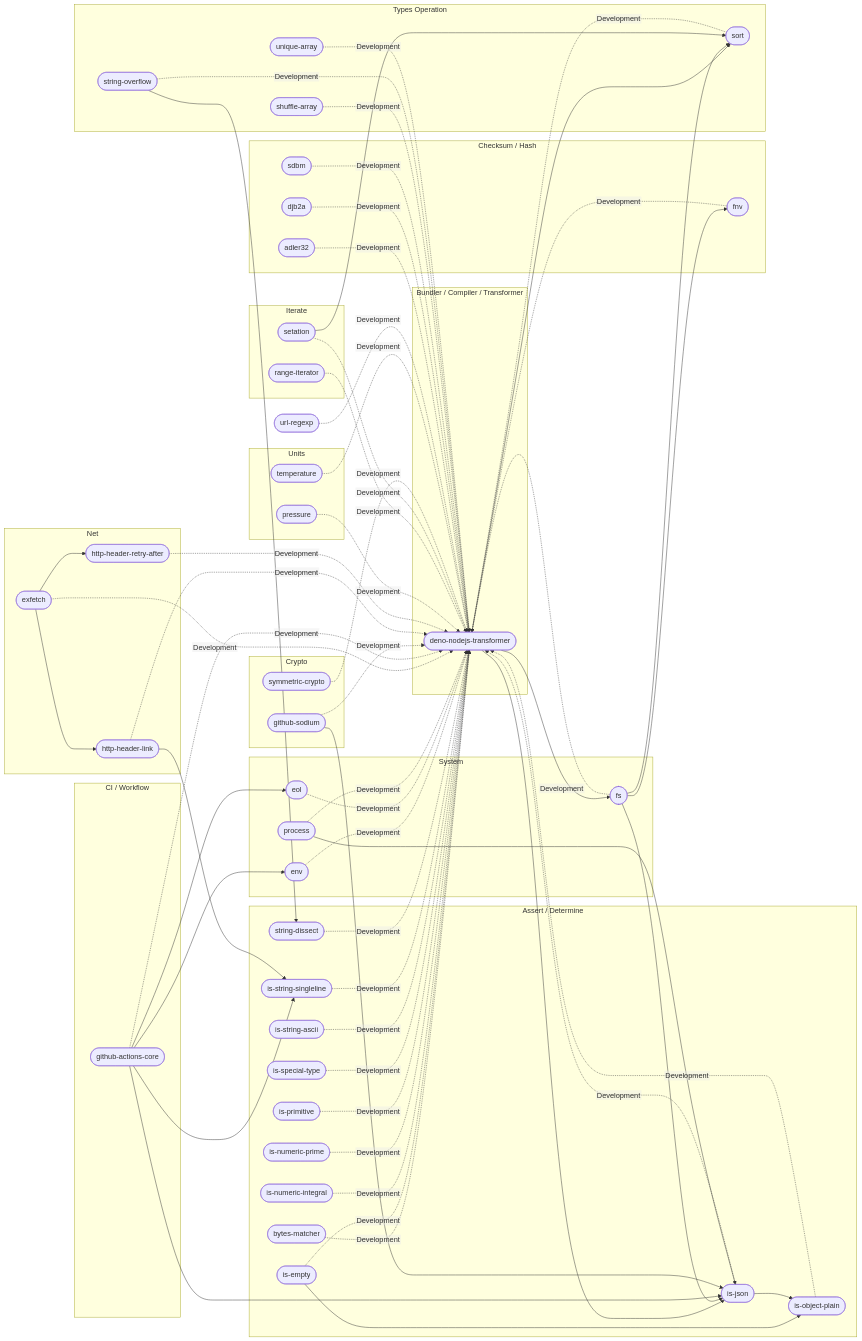
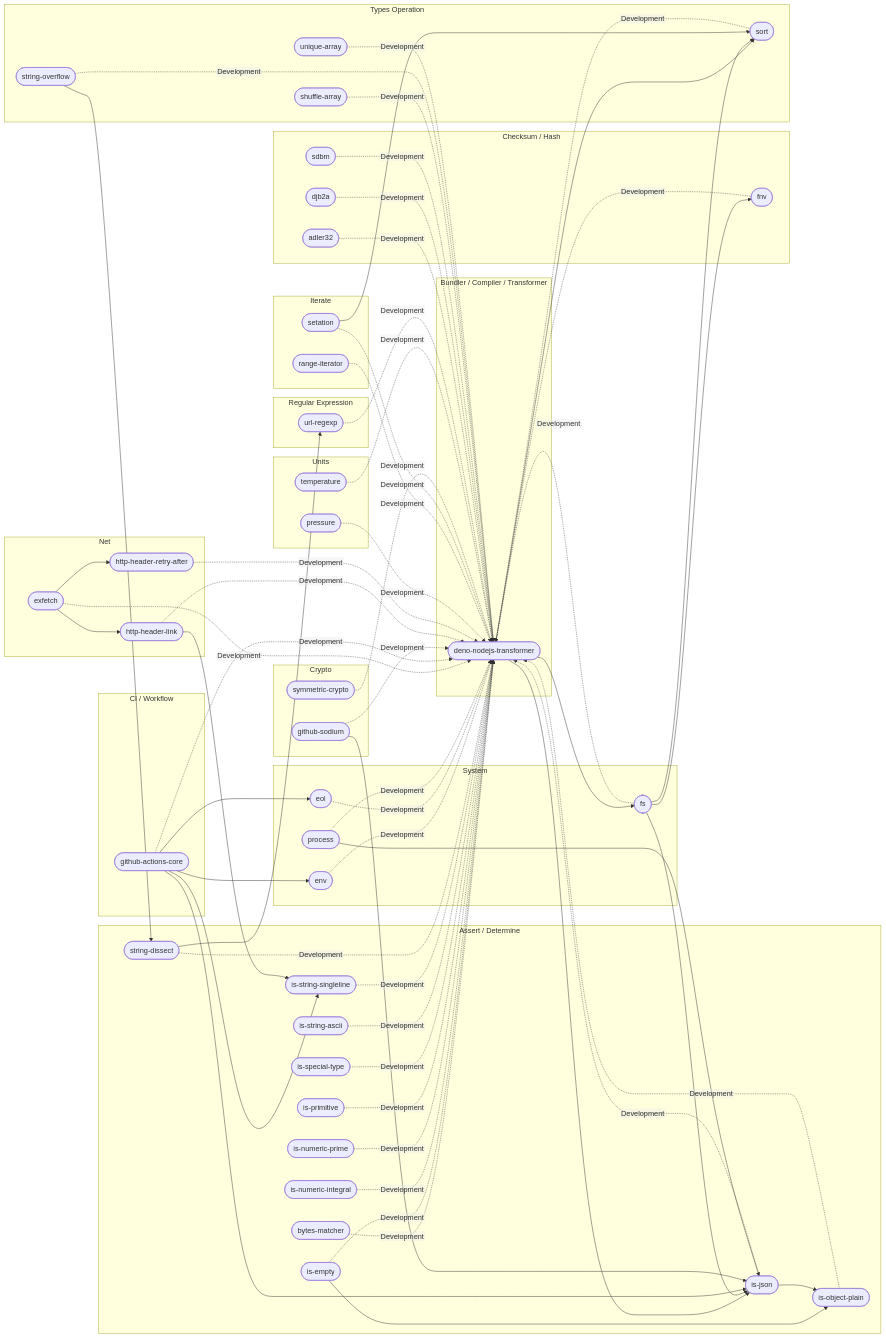
Before and after one commit to hugoalh/hugoalh: the diagram in assets/es-dependencies-graph.md, drawn with Mermaid. The commit also changed other lines of this file, not shown here.

Commit message:
Update ES dependencies graph

```diff
--- a/assets/es-dependencies-graph.md
+++ b/assets/es-dependencies-graph.md
@@ -55,6 +55,10 @@
     http-header-retry-after(["http-header-retry-after"])
   end
 
+  subgraph GRAPH_RegExp ["Regular Expression"]
+    url-regexp(["url-regexp"])
+  end
+
   subgraph GRAPH_System ["System"]
     env(["env"])
     eol(["eol"])
@@ -73,8 +77,6 @@
     pressure(["pressure"])
     temperature(["temperature"])
   end
-
-  url-regexp(["url-regexp"])
 
   deno-nodejs-transformer --> fs
   deno-nodejs-transformer --> is-json
@@ -95,6 +97,7 @@
   is-json --> is-object-plain
   process --> is-json
   setation --> sort
+  string-dissect --> url-regexp
   string-overflow --> string-dissect
 
   adler32 -. Development .-> deno-nodejs-transformer
```
